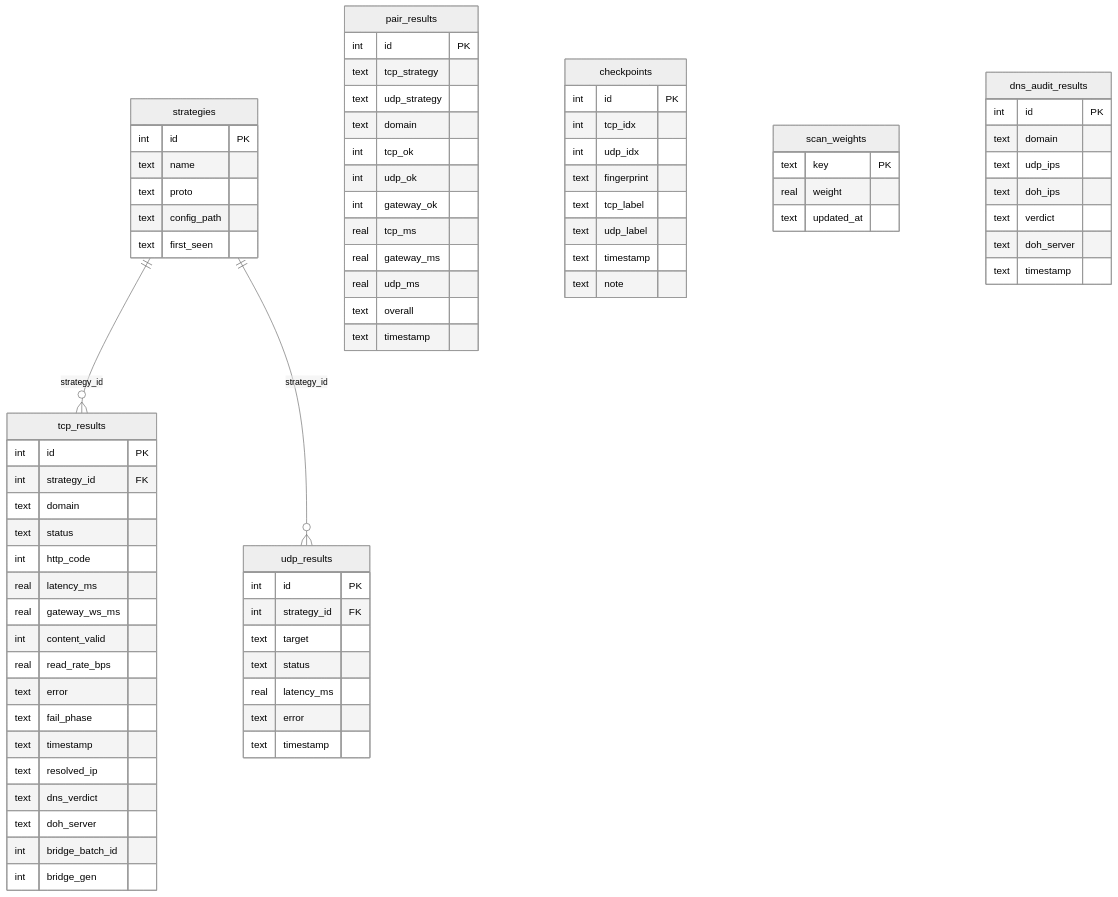
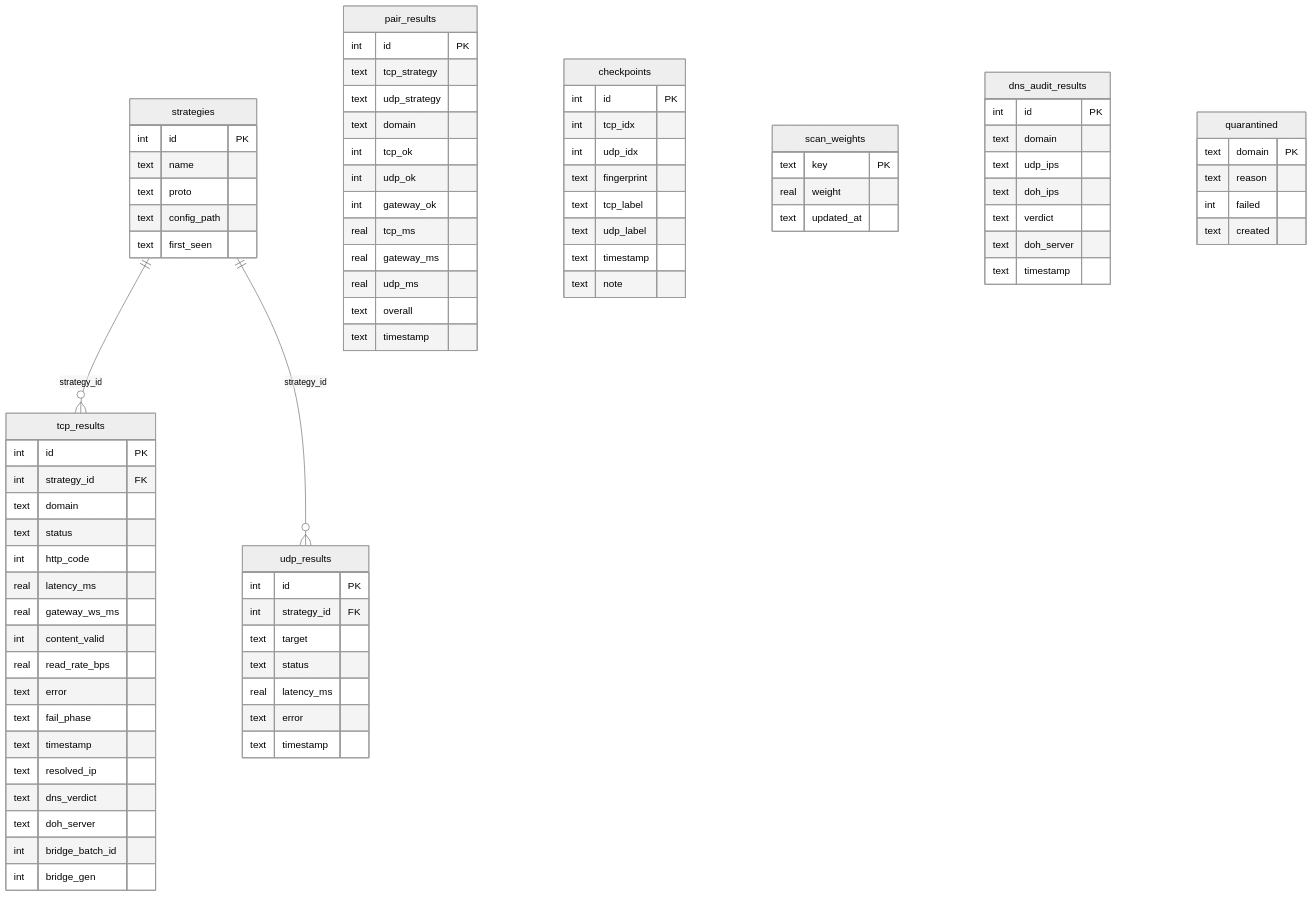
The diagram in docs/database.md (zhoel-sherk/blockcheckS), drawn with Mermaid (neutral theme) before and after one commit. The commit also changed other lines of this file and 27 other files, not shown here.

````diff
--- a/docs/database.md
+++ b/docs/database.md
@@ -85,4 +85,10 @@
     text doh_server
     text timestamp
   }
+  quarantined {
+    text domain PK
+    text reason
+    int failed
+    text created
+  }
 ```
````
